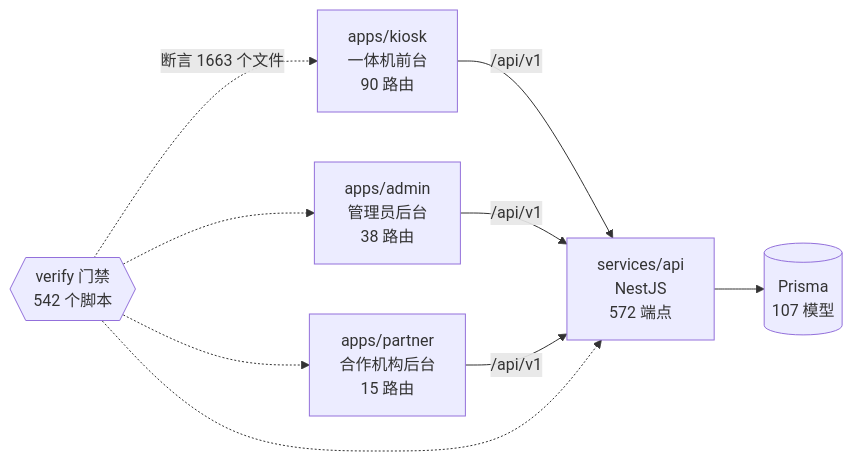
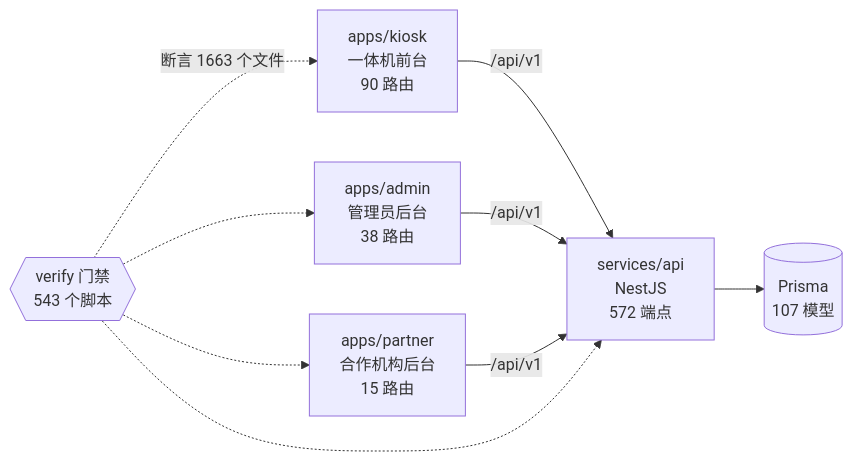
Before and after one commit to wanglei581/YITIJI: the diagram in docs/graph/README.md, drawn with Mermaid. The commit also changed other lines of this file and 4 other files, not shown here.

Commit message:
docs(progress): 文档页数记录；重新生成图谱

````diff
--- a/docs/graph/README.md
+++ b/docs/graph/README.md
@@ -68,18 +68,18 @@
 ```mermaid
 flowchart LR
   kiosk["apps/kiosk<br/>一体机前台<br/>90 路由"]
   admin["apps/admin<br/>管理员后台<br/>38 路由"]
   partner["apps/partner<br/>合作机构后台<br/>15 路由"]
   api["services/api<br/>NestJS<br/>572 端点"]
   db[("Prisma<br/>107 模型")]
-  gates{{"verify 门禁<br/>542 个脚本"}}
+  gates{{"verify 门禁<br/>543 个脚本"}}
 
   kiosk -->|"/api/v1"| api
   admin -->|"/api/v1"| api
   partner -->|"/api/v1"| api
   api --> db
   gates -.->|"断言 1663 个文件"| kiosk
   gates -.-> admin
   gates -.-> partner
   gates -.-> api
 ```
````
